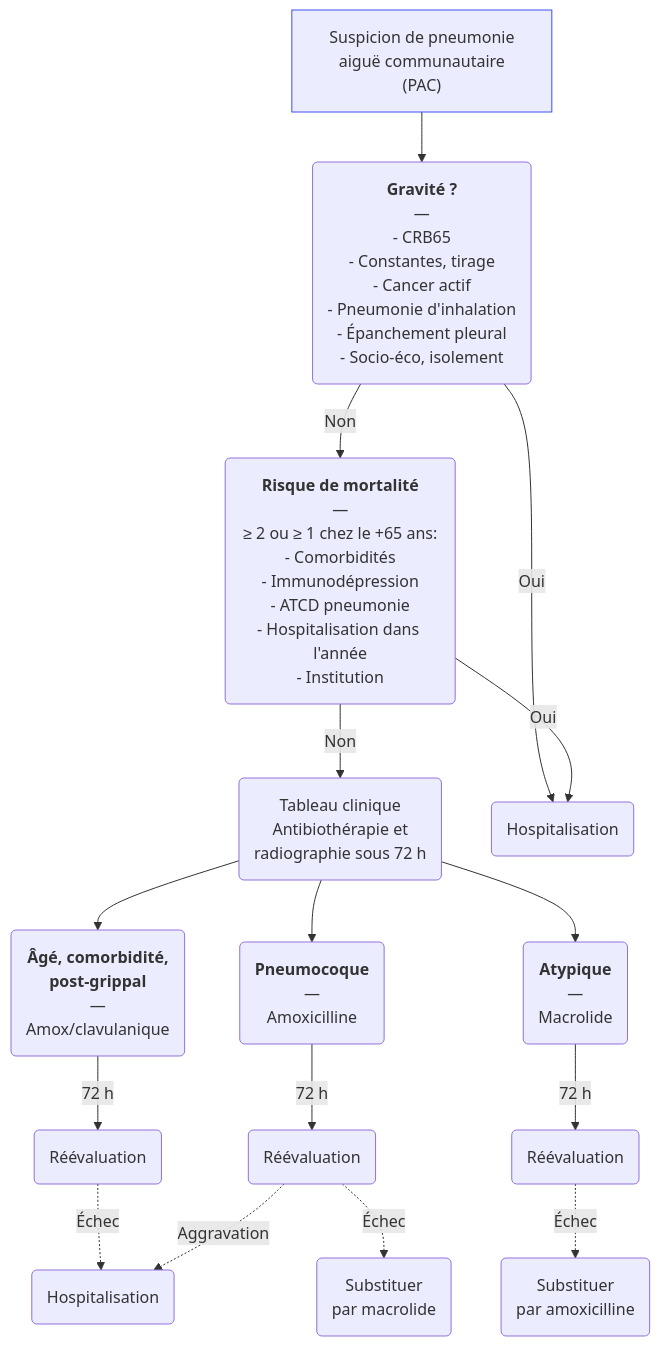
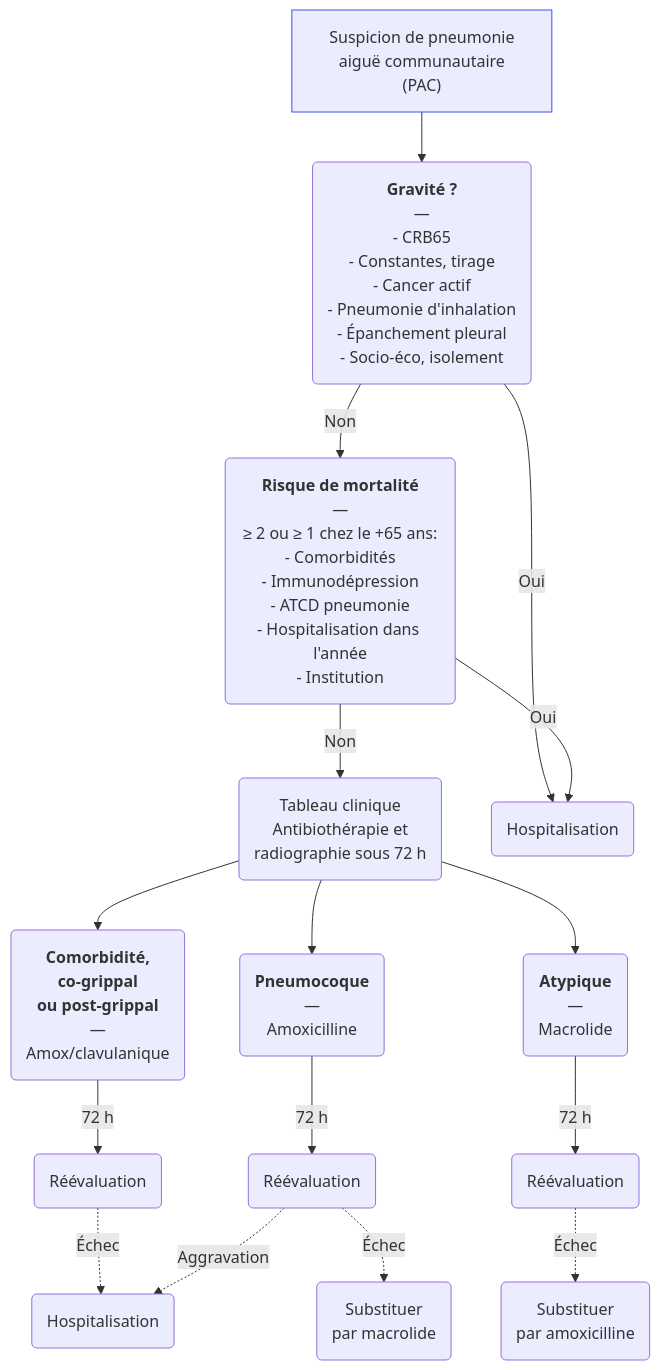
One commit to djibe/recommandations-medicales changed the diagram in content/recommandations/pneumonie-aigue-communautaire.md. Above: the diagram before and after it, drawn with Mermaid. The commit also changed other lines of this file, not shown here.

```diff
--- a/content/recommandations/pneumonie-aigue-communautaire.md
+++ b/content/recommandations/pneumonie-aigue-communautaire.md
@@ -448,11 +459,11 @@
 {{< mermaid title="Prise en charge de la pneumonie aiguë communautaire (PAC). Dr JB Fron d'après SPILF/SPLF 2025 et HAS/SPILF 2024" >}}
 graph TB
   suspicion["Suspicion de pneumonie<br> aiguë communautaire (PAC)"] --> gravité("<b>Gravité ?</b><br>—<br>- CRB65<br>- Constantes, tirage<br>- Cancer actif<br>- Pneumonie d'inhalation<br>- Épanchement pleural<br>- Socio-éco, isolement") -- Non --> risque("<b>Risque de mortalité</b><br>—<br>≥ 2 ou ≥ 1 chez le +65 ans:<br>- Comorbidités<br>- Immunodépression<br>- ATCD pneumonie<br>- Hospitalisation dans l'année<br>- Institution") -- Non --> tableau("Tableau clinique<br>Antibiothérapie et<br>radiographie sous 72 h")
     gravité -- Oui --> hospitalisation(Hospitalisation)
       risque -- Oui --> hospitalisation
-      tableau --> âgé("<b>Âgé, comorbidité,<br>post-grippal</b><br>—<br>Amox/clavulanique") -- 72 h --> âgé3(Réévaluation) -. Échec .-> hospitalisationAgé(Hospitalisation)
+      tableau --> comorbidité("<b>Comorbidité,<br>co-grippal<br>ou post-grippal</b><br>—<br>Amox/clavulanique") -- 72 h --> comorbidité3(Réévaluation) -. Échec .-> hospitalisationAgé(Hospitalisation)
       tableau --> pneumocoque("<b>Pneumocoque</b><br>—<br>Amoxicilline") -- 72 h --> pneumo2(Réévaluation) -. Échec .-> pneumo3("Substituer<br>par macrolide")
         pneumo2 -. Aggravation .-> hospitalisationAgé
       tableau --> intracellulaire("<b>Atypique</b><br>—<br>Macrolide") -- 72 h --> intra2(Réévaluation) -. Échec .-> intra3("Substituer<br>par amoxicilline")
   style suspicion stroke:#4150f5, stroke-width:1px
 {{< /mermaid >}}
```
